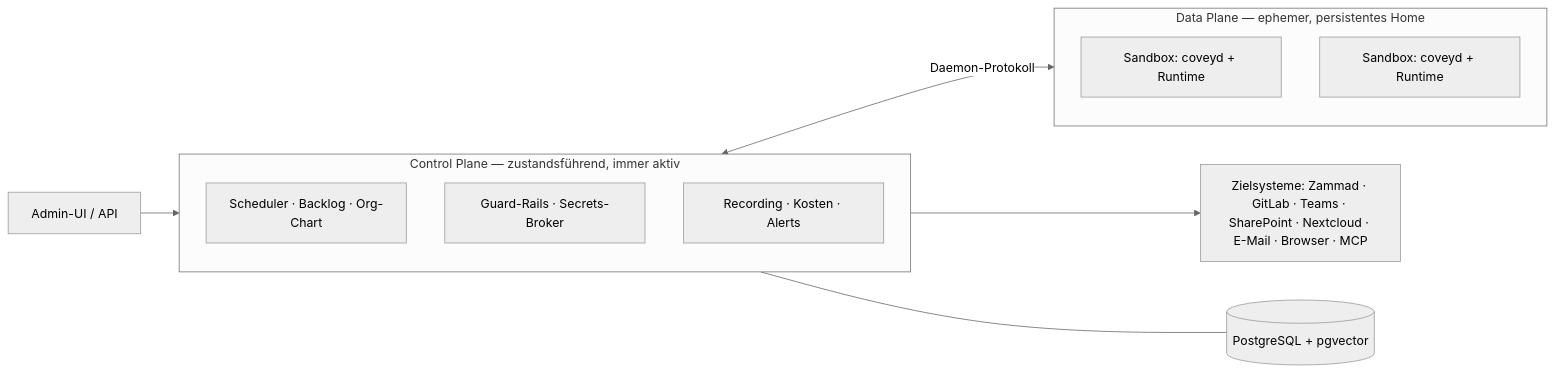
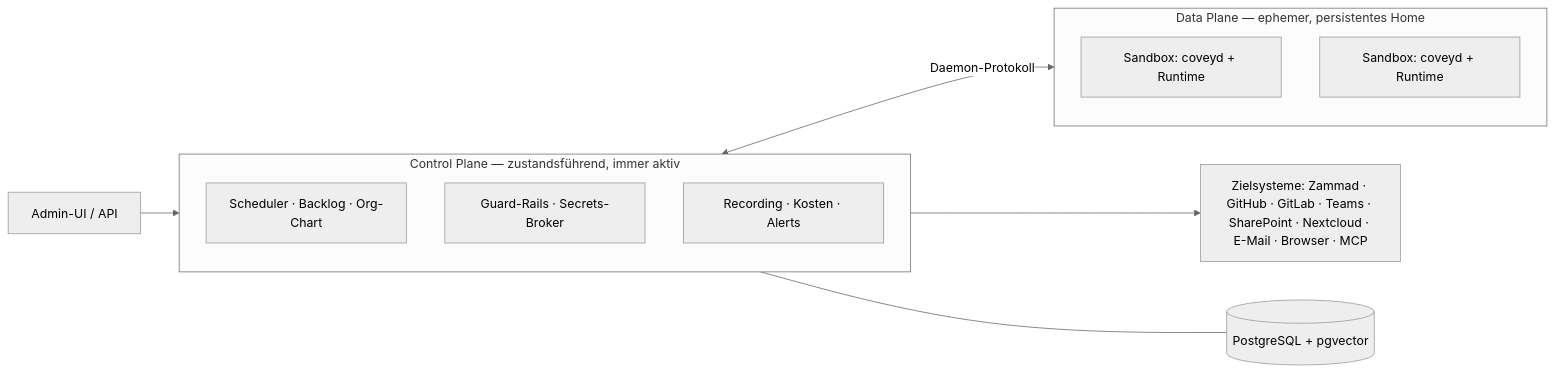
One commit to benjaminLedel/covey changed the diagram in README.de.md. Above: the diagram before and after it, drawn with Mermaid (neutral theme). The commit also changed other lines of this file and 22 other files, not shown here.

First line of the commit message:
GitHub als Zielsystem-Plugin

````diff
--- a/README.de.md
+++ b/README.de.md
@@ -103,21 +103,21 @@
 ```mermaid
 flowchart LR
     UI["Admin-UI / API"] --> CP
 
     subgraph CP["Control Plane — zustandsführend, immer aktiv"]
         direction TB
         SCHED["Scheduler · Backlog · Org-Chart"]
         GUARD["Guard-Rails · Secrets-Broker"]
         OBS["Recording · Kosten · Alerts"]
     end
 
     subgraph DP["Data Plane — ephemer, persistentes Home"]
         direction TB
         S1["Sandbox: coveyd + Runtime"]
         S2["Sandbox: coveyd + Runtime"]
     end
 
     CP <-->|Daemon-Protokoll| DP
-    CP --> TS["Zielsysteme: Zammad · GitLab · Teams · SharePoint · Nextcloud · E-Mail · Browser · MCP"]
+    CP --> TS["Zielsysteme: Zammad · GitHub · GitLab · Teams · SharePoint · Nextcloud · E-Mail · Browser · MCP"]
     CP --- DB[("PostgreSQL + pgvector")]
 ```
````
